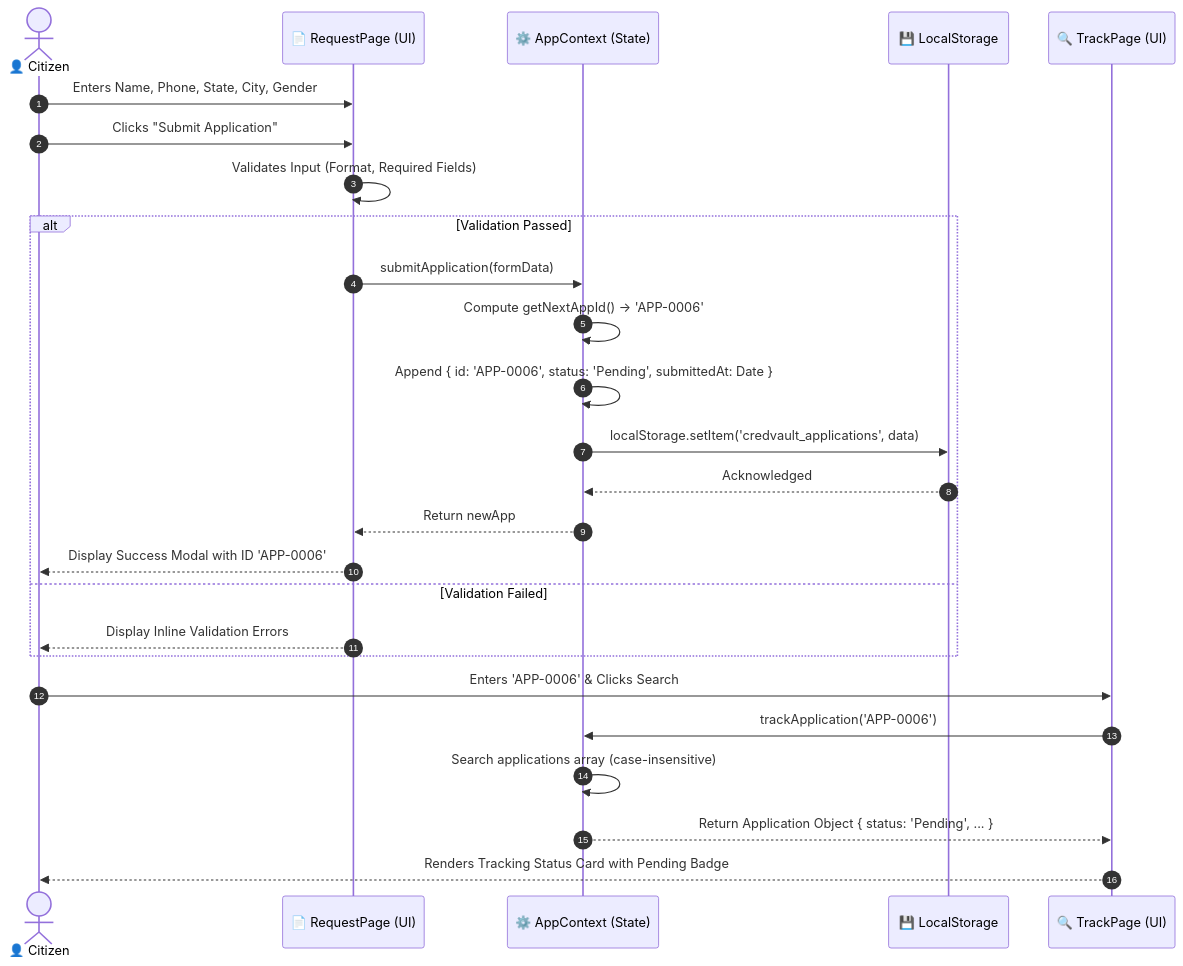
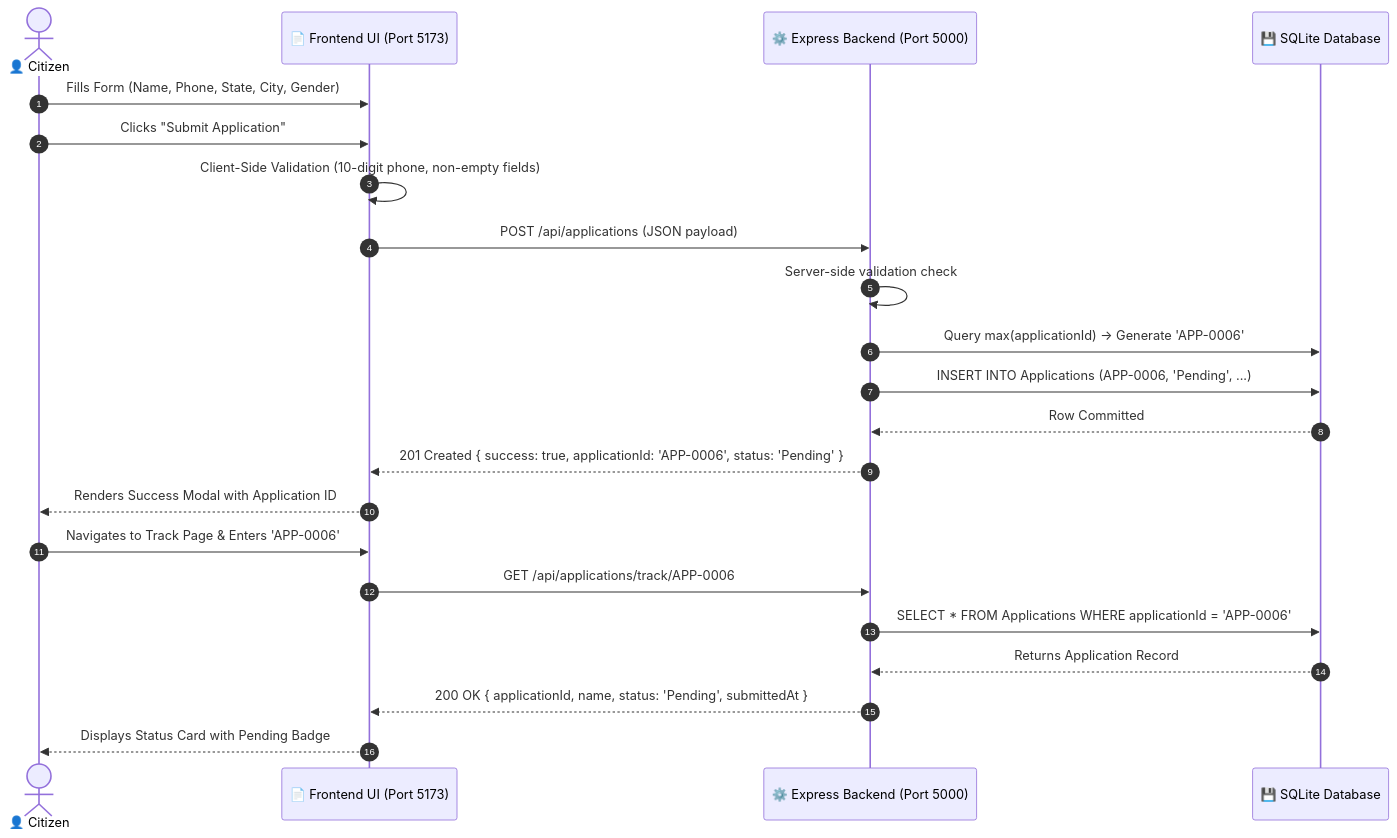
The fourth of 7 diagrams in README.md (siddharth03015/ELEVATE-SDE-Task-1), drawn with Mermaid before and after one commit. The commit also changed other lines of this file, not shown here.

Commit message:
docs: update README with full-stack architecture, backend REST APIs, and database specifications

````diff
--- a/README.md
+++ b/README.md
@@ -204,33 +213,28 @@
 ```mermaid
 sequenceDiagram
     autonumber
     actor Citizen as 👤 Citizen
-    participant RequestPage as 📄 RequestPage (UI)
-    participant Context as ⚙️ AppContext (State)
-    participant Storage as 💾 LocalStorage
-    participant TrackPage as 🔍 TrackPage (UI)
+    participant UI as 📄 Frontend UI (Port 5173)
+    participant API as ⚙️ Express Backend (Port 5000)
+    participant DB as 💾 SQLite Database
 
     %% Submit Application
-    Citizen->>RequestPage: Enters Name, Phone, State, City, Gender
-    Citizen->>RequestPage: Clicks "Submit Application"
-    RequestPage->>RequestPage: Validates Input (Format, Required Fields)
-    
-    alt Validation Passed
-        RequestPage->>Context: submitApplication(formData)
-        Context->>Context: Compute getNextAppId() -> 'APP-0006'
-        Context->>Context: Append { id: 'APP-0006', status: 'Pending', submittedAt: Date }
-        Context->>Storage: localStorage.setItem('credvault_applications', data)
-        Storage-->>Context: Acknowledged
-        Context-->>RequestPage: Return newApp
-        RequestPage-->>Citizen: Display Success Modal with ID 'APP-0006'
-    else Validation Failed
-        RequestPage-->>Citizen: Display Inline Validation Errors
-    end
+    Citizen->>UI: Fills Form (Name, Phone, State, City, Gender)
+    Citizen->>UI: Clicks "Submit Application"
+    UI->>UI: Client-Side Validation (10-digit phone, non-empty fields)
+    UI->>API: POST /api/applications (JSON payload)
+    API->>API: Server-side validation check
+    API->>DB: Query max(applicationId) -> Generate 'APP-0006'
+    API->>DB: INSERT INTO Applications (APP-0006, 'Pending', ...)
+    DB-->>API: Row Committed
+    API-->>UI: 201 Created { success: true, applicationId: 'APP-0006', status: 'Pending' }
+    UI-->>Citizen: Renders Success Modal with Application ID
 
     %% Track Application
-    Citizen->>TrackPage: Enters 'APP-0006' & Clicks Search
-    TrackPage->>Context: trackApplication('APP-0006')
-    Context->>Context: Search applications array (case-insensitive)
-    Context-->>TrackPage: Return Application Object { status: 'Pending', ... }
-    TrackPage-->>Citizen: Renders Tracking Status Card with Pending Badge
+    Citizen->>UI: Navigates to Track Page & Enters 'APP-0006'
+    UI->>API: GET /api/applications/track/APP-0006
+    API->>DB: SELECT * FROM Applications WHERE applicationId = 'APP-0006'
+    DB-->>API: Returns Application Record
+    API-->>UI: 200 OK { applicationId, name, status: 'Pending', submittedAt }
+    UI-->>Citizen: Displays Status Card with Pending Badge
 ```
````
